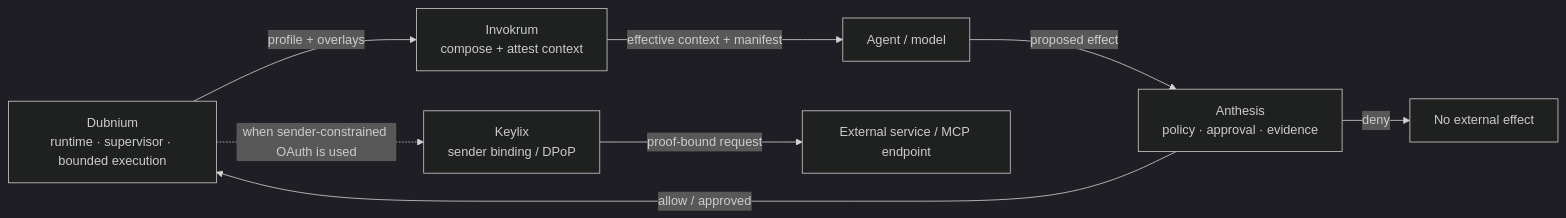
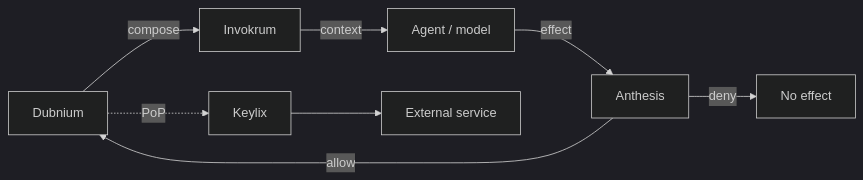
One commit to hackelia-micrantha/.github changed the third of 6 diagrams in profile/README.md. Above: the diagram before and after it, drawn with Mermaid (dark theme). The commit also changed other lines of this file, not shown here.

Commit message:
docs: simplify mermaid labels

````diff
--- a/profile/README.md
+++ b/profile/README.md
@@ -100,18 +108,10 @@
 ```mermaid
 flowchart LR
-  D["Dubnium<br/>runtime · supervisor · bounded execution"]
-  I["Invokrum<br/>compose + attest context"]
-  R["Agent / model"]
-  A["Anthesis<br/>policy · approval · evidence"]
-  K["Keylix<br/>sender binding / DPoP"]
-  S["External service / MCP endpoint"]
-  N["No external effect"]
-
-  D -->|profile + overlays| I
-  I -->|effective context + manifest| R
-  R -->|proposed effect| A
-  A -->|deny| N
-  A -->|allow / approved| D
-  D -.->|when sender-constrained OAuth is used| K
-  K -->|proof-bound request| S
+  D["Dubnium"] -->|compose| I["Invokrum"]
+  I -->|context| R["Agent / model"]
+  R -->|effect| A["Anthesis"]
+  A -->|deny| N["No effect"]
+  A -->|allow| D
+  D -.->|PoP| K["Keylix"]
+  K --> S["External service"]
 ```
````
